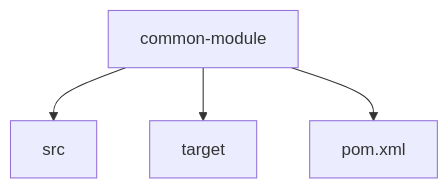
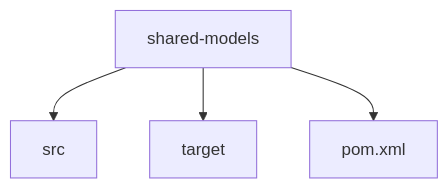
Before and after one commit to marouaneaka/gofit: the second of 13 diagrams in conception/ArchitectureTechnique.md, drawn with Mermaid. The commit also changed other lines of this file and 4 other files, not shown here.

````diff
--- a/conception/ArchitectureTechnique.md
+++ b/conception/ArchitectureTechnique.md
@@ -49,10 +54,10 @@
 ```mermaid
 graph TD
-    common[common-module]
+    common[shared-models]
     common --> src[src]
     common --> target[target]
     common --> pom.xml[pom.xml]
 
     
 
 ```
````
